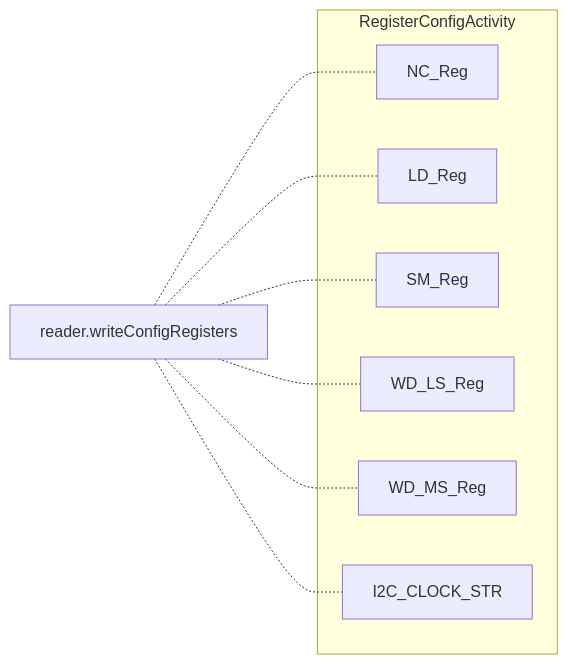
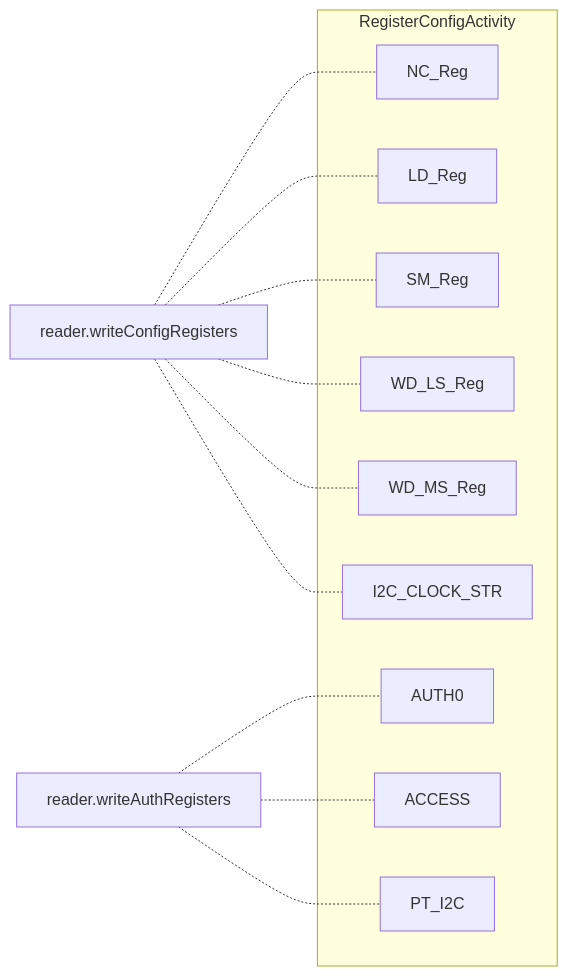
One commit to gordianknotC/nxp_note changed the tenth of 10 diagrams in nxp/NtagDemo_mermaid.md. Above: the diagram before and after it, drawn with Mermaid. The commit also changed other lines of this file, not shown here.

Commit message:
nxp/NtagDemo_mermaid.md updated from https://stackedit.io/

````diff
--- a/nxp/NtagDemo_mermaid.md
+++ b/nxp/NtagDemo_mermaid.md
@@ -381,18 +381,27 @@
 ```mermaid
 graph LR
 subgraph RegisterConfigActivity
 	NC_Reg
 	LD_Reg
 	SM_Reg
 	WD_LS_Reg
 	WD_MS_Reg
 	I2C_CLOCK_STR
 end
 reader.writeConfigRegisters -.- NC_Reg
 reader.writeConfigRegisters -.- LD_Reg
 reader.writeConfigRegisters -.- SM_Reg
 reader.writeConfigRegisters -.- WD_LS_Reg
 reader.writeConfigRegisters -.- WD_MS_Reg
 reader.writeConfigRegisters -.- I2C_CLOCK_STR
 
+subgraph RegisterConfigActivity
+	AUTH0
+	ACCESS
+	PT_I2C
+end
+
+reader.writeAuthRegisters -.- AUTH0
+reader.writeAuthRegisters -.- ACCESS
+reader.writeAuthRegisters -.- PT_I2C
 ```
````
